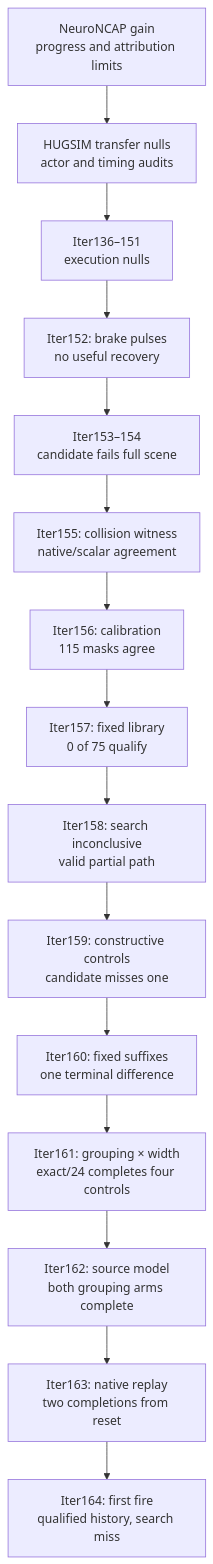
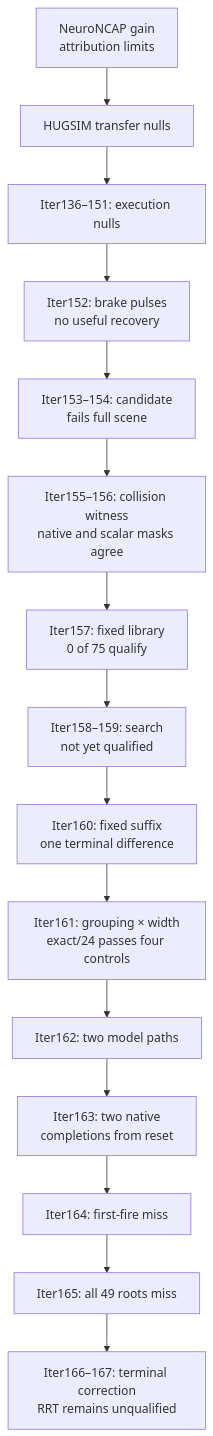
One commit to manfromnowhere143/sentinel changed the second of 3 diagrams in README.md. Above: the diagram before and after it, drawn with Mermaid. The commit also changed other lines of this file and 23 other files, not shown here.

Commit message:
research: close braking audit and planner qualification with explicit limits

````diff
--- a/README.md
+++ b/README.md
@@ -228,19 +228,19 @@
 ```mermaid
 flowchart TB
-  accTitle: How the evidence changed the research question
-  accDescr: Reset-time completion precedes a bounded miss from the monitor history.
-  N["NeuroNCAP gain<br/>progress and attribution limits"] --> T["HUGSIM transfer nulls<br/>actor and timing audits"]
-  T --> E["Iter136–151<br/>execution nulls"]
+  accTitle: How the evidence changed the question
+  accDescr: Reset completion leads to first-fire search and failed planner qualification.
+  N["NeuroNCAP gain<br/>attribution limits"] --> T["HUGSIM transfer nulls"]
+  T --> E["Iter136–151: execution nulls"]
   E --> P["Iter152: brake pulses<br/>no useful recovery"]
-  P --> M["Iter153–154<br/>candidate fails full scene"]
-  M --> W["Iter155: collision witness<br/>native/scalar agreement"]
-  W --> C["Iter156: calibration<br/>115 masks agree"]
-  C --> L["Iter157: fixed library<br/>0 of 75 qualify"]
-  L --> A["Iter158: search inconclusive<br/>valid partial path"]
-  A --> Q["Iter159: constructive controls<br/>candidate misses one"]
-  Q --> K["Iter160: fixed suffixes<br/>one terminal difference"]
-  K --> G["Iter161: grouping × width<br/>exact/24 completes four controls"]
-  G --> S["Iter162: source model<br/>both grouping arms complete"]
-  S --> V["Iter163: native replay<br/>two completions from reset"]
-  V --> B["Iter164: first fire<br/>qualified history, search miss"]
+  P --> M["Iter153–154: candidate<br/>fails full scene"]
+  M --> W["Iter155–156: collision witness<br/>native and scalar masks agree"]
+  W --> L["Iter157: fixed library<br/>0 of 75 qualify"]
+  L --> A["Iter158–159: search<br/>not yet qualified"]
+  A --> K["Iter160: fixed suffix<br/>one terminal difference"]
+  K --> G["Iter161: grouping × width<br/>exact/24 passes four controls"]
+  G --> S["Iter162: two model paths"]
+  S --> V["Iter163: two native<br/>completions from reset"]
+  V --> B["Iter164: first-fire miss"]
+  B --> D["Iter165: all 49 roots miss"]
+  D --> R["Iter166–167: terminal correction<br/>RRT remains unqualified"]
 ```
````
